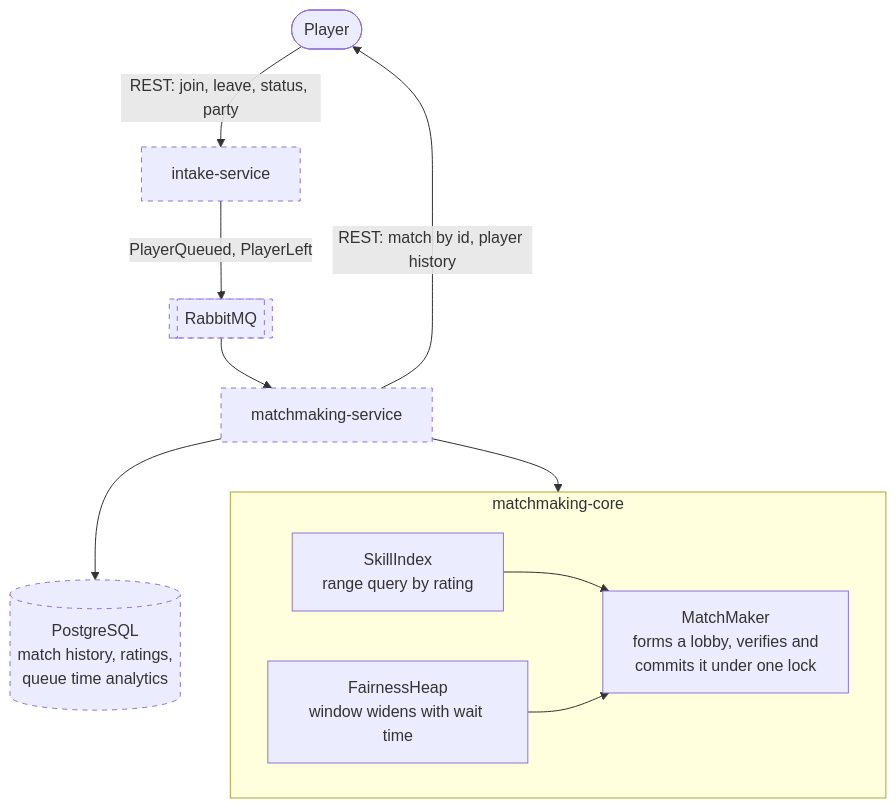
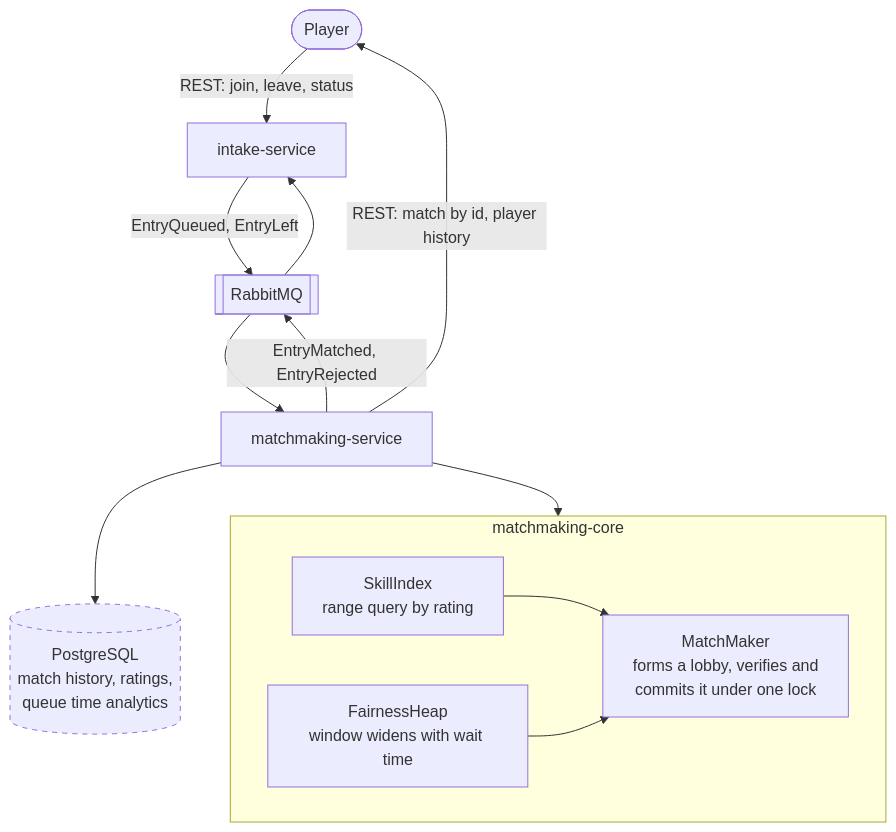
The diagram in README.md (Amrovv/match3d), drawn with Mermaid before and after one commit. The commit also changed other lines of this file and 4 other files, not shown here.

````diff
--- a/README.md
+++ b/README.md
@@ -83,24 +85,26 @@
 ```mermaid
 flowchart TD
     player(["Player"])
 
-    player -->|"REST: join, leave, status, party"| intake["intake-service"]
-    intake -->|"PlayerQueued, PlayerLeft"| queue[["RabbitMQ"]]
+    player -->|"REST: join, leave, status"| intake["intake-service"]
+    intake -->|"EntryQueued, EntryLeft"| queue[["RabbitMQ"]]
     queue --> service["matchmaking-service"]
+    service -->|"EntryMatched, EntryRejected"| queue
+    queue --> intake
 
     subgraph core["matchmaking-core"]
         direction LR
         index["SkillIndex<br/>range query by rating"]
         heap["FairnessHeap<br/>window widens with wait time"]
         matcher["MatchMaker<br/>forms a lobby, verifies and<br/>commits it under one lock"]
         index --> matcher
         heap --> matcher
     end
 
     service --> core
     service --> db[("PostgreSQL<br/>match history, ratings,<br/>queue time analytics")]
     service -->|"REST: match by id, player history"| player
 
     classDef pending stroke-dasharray: 5 5;
-    class intake,queue,service,db pending;
+    class db pending;
 ```
````
